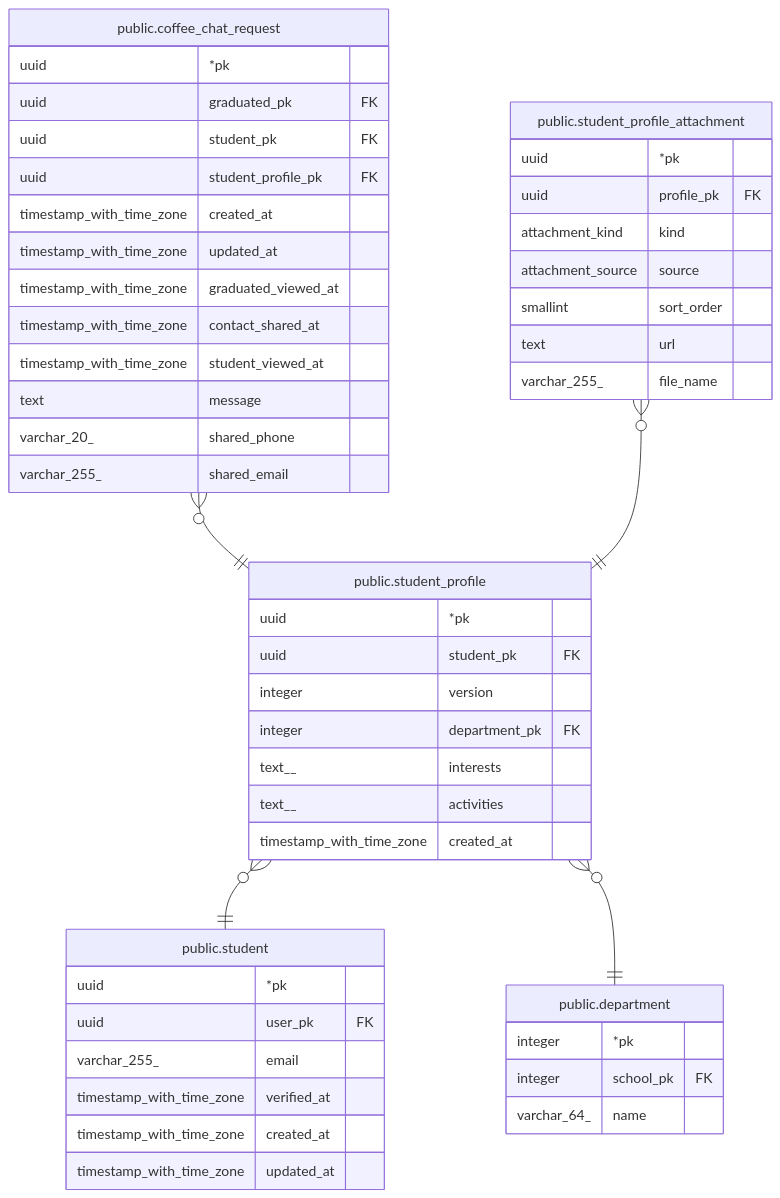
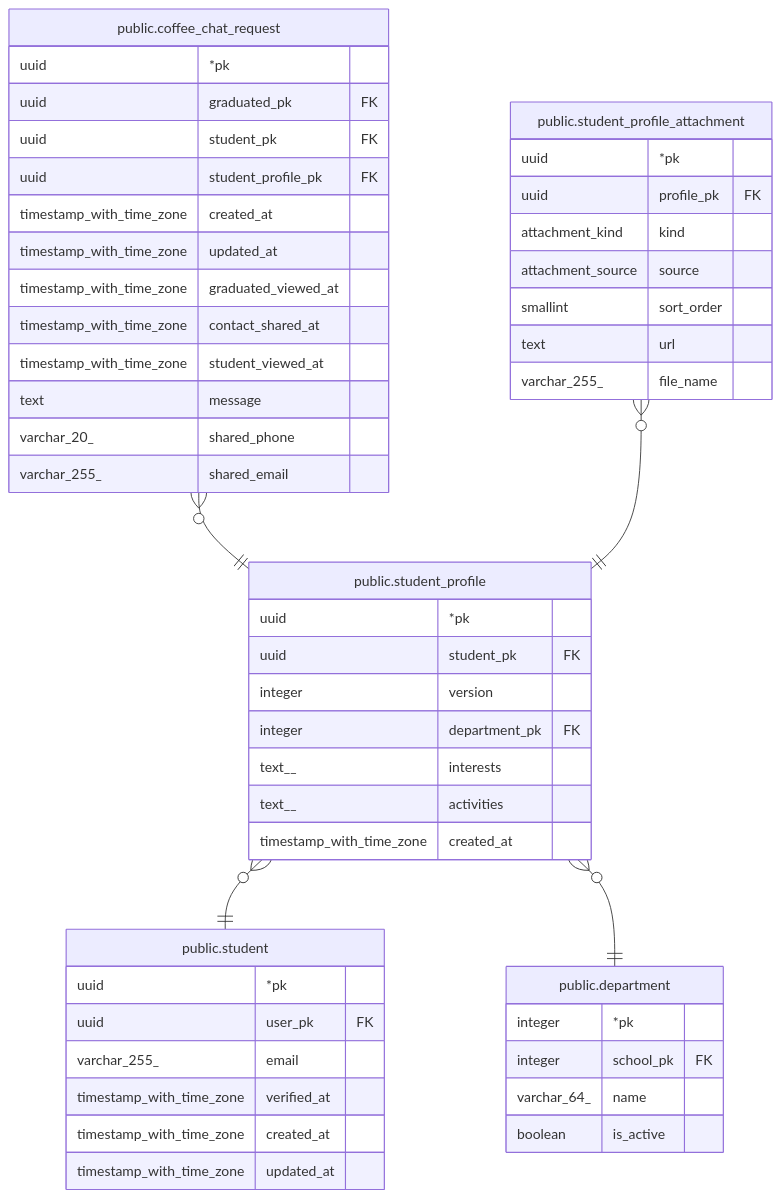
One commit to gsainfoteam/cheers-be changed the diagram in docs/schema/public.student_profile.md. Above: the diagram before and after it, drawn with Mermaid. The commit also changed 11 other files, not shown here.

````diff
--- a/docs/schema/public.student_profile.md
+++ b/docs/schema/public.student_profile.md
@@ -40,54 +40,55 @@
 ```mermaid
 erDiagram
 
 "public.coffee_chat_request" }o--|| "public.student_profile" : ""
 "public.student_profile_attachment" }o--|| "public.student_profile" : ""
 "public.student_profile" }o--|| "public.student" : ""
 "public.student_profile" }o--|| "public.department" : ""
 
 "public.student_profile" {
   uuid *pk
   uuid student_pk FK
   integer version
   integer department_pk FK
   text__ interests
   text__ activities
   timestamp_with_time_zone created_at
 }
 "public.coffee_chat_request" {
   uuid *pk
   uuid graduated_pk FK
   uuid student_pk FK
   uuid student_profile_pk FK
   timestamp_with_time_zone created_at
   timestamp_with_time_zone updated_at
   timestamp_with_time_zone graduated_viewed_at
   timestamp_with_time_zone contact_shared_at
   timestamp_with_time_zone student_viewed_at
   text message
   varchar_20_ shared_phone
   varchar_255_ shared_email
 }
 "public.student_profile_attachment" {
   uuid *pk
   uuid profile_pk FK
   attachment_kind kind
   attachment_source source
   smallint sort_order
   text url
   varchar_255_ file_name
 }
 "public.student" {
   uuid *pk
   uuid user_pk FK
   varchar_255_ email
   timestamp_with_time_zone verified_at
   timestamp_with_time_zone created_at
   timestamp_with_time_zone updated_at
 }
 "public.department" {
   integer *pk
   integer school_pk FK
   varchar_64_ name
+  boolean is_active
 }
 ```
````
